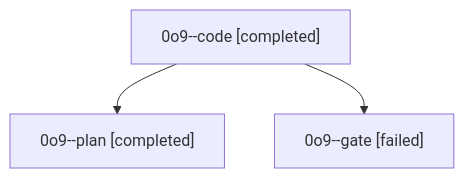
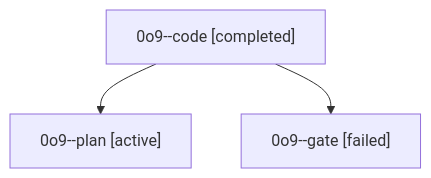
One commit to sase-org/sase--agents changed the diagram in families/bbugyi200.athena.0o9.md. Above: the diagram before and after it, drawn with Mermaid. The commit also changed other lines of this file and 35830 other files, not shown here.

````diff
--- a/families/bbugyi200.athena.0o9.md
+++ b/families/bbugyi200.athena.0o9.md
@@ -9,8 +9,8 @@
 ```mermaid
 flowchart TD
   n0["0o9--code [completed]"]
-  n1["0o9--plan [completed]"]
+  n1["0o9--plan [active]"]
   n0 --> n1
   n2["0o9--gate [failed]"]
   n0 --> n2
 ```
````
